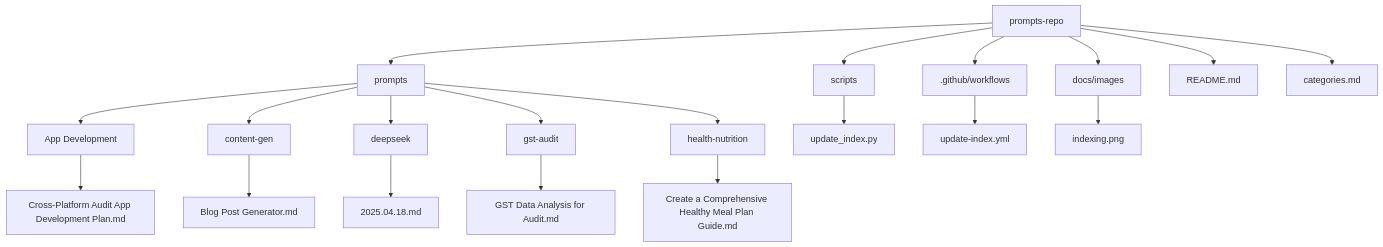
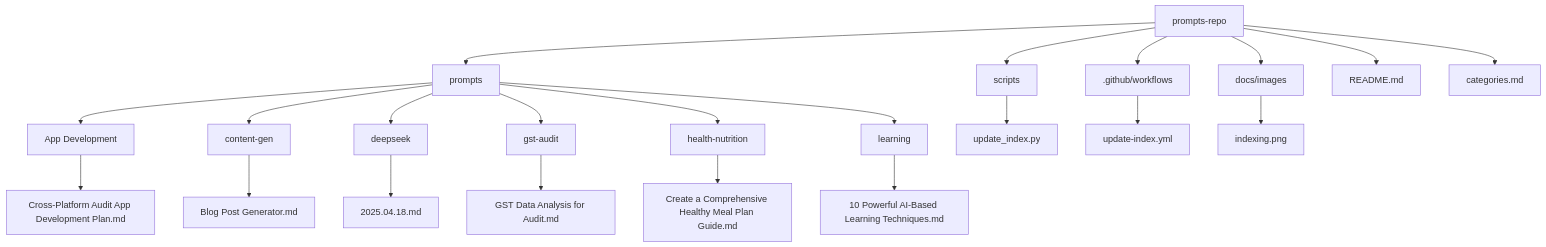
Before and after one commit to phuchungbhutia/prompts-repo: the diagram in README.md, drawn with Mermaid. The commit also changed other lines of this file and 2 other files, not shown here.

````diff
--- a/README.md
+++ b/README.md
@@ -13,22 +13,24 @@
 ```mermaid
 graph TD
     A[prompts-repo] --> B[prompts]
     A --> C[scripts]
     A --> D[.github/workflows]
     A --> E[docs/images]
     B --> CAT1[App Development]
     B --> CAT2[content-gen]
     B --> CAT3[deepseek]
     B --> CAT4[gst-audit]
     B --> CAT5[health-nutrition]
+    B --> CAT6[learning]
     CAT1[App Development] --> F11[Cross-Platform Audit App Development Plan.md]
     CAT2[content-gen] --> F21[Blog Post Generator.md]
     CAT3[deepseek] --> F31[2025.04.18.md]
     CAT4[gst-audit] --> F41[GST Data Analysis for Audit.md]
     CAT5[health-nutrition] --> F51[Create a Comprehensive Healthy Meal Plan Guide.md]
+    CAT6[learning] --> F61[10 Powerful AI-Based Learning Techniques.md]
     C --> S[update_index.py]
     D --> W[update-index.yml]
     E --> I[indexing.png]
     A --> R[README.md]
     A --> T[categories.md]
 ```
````
